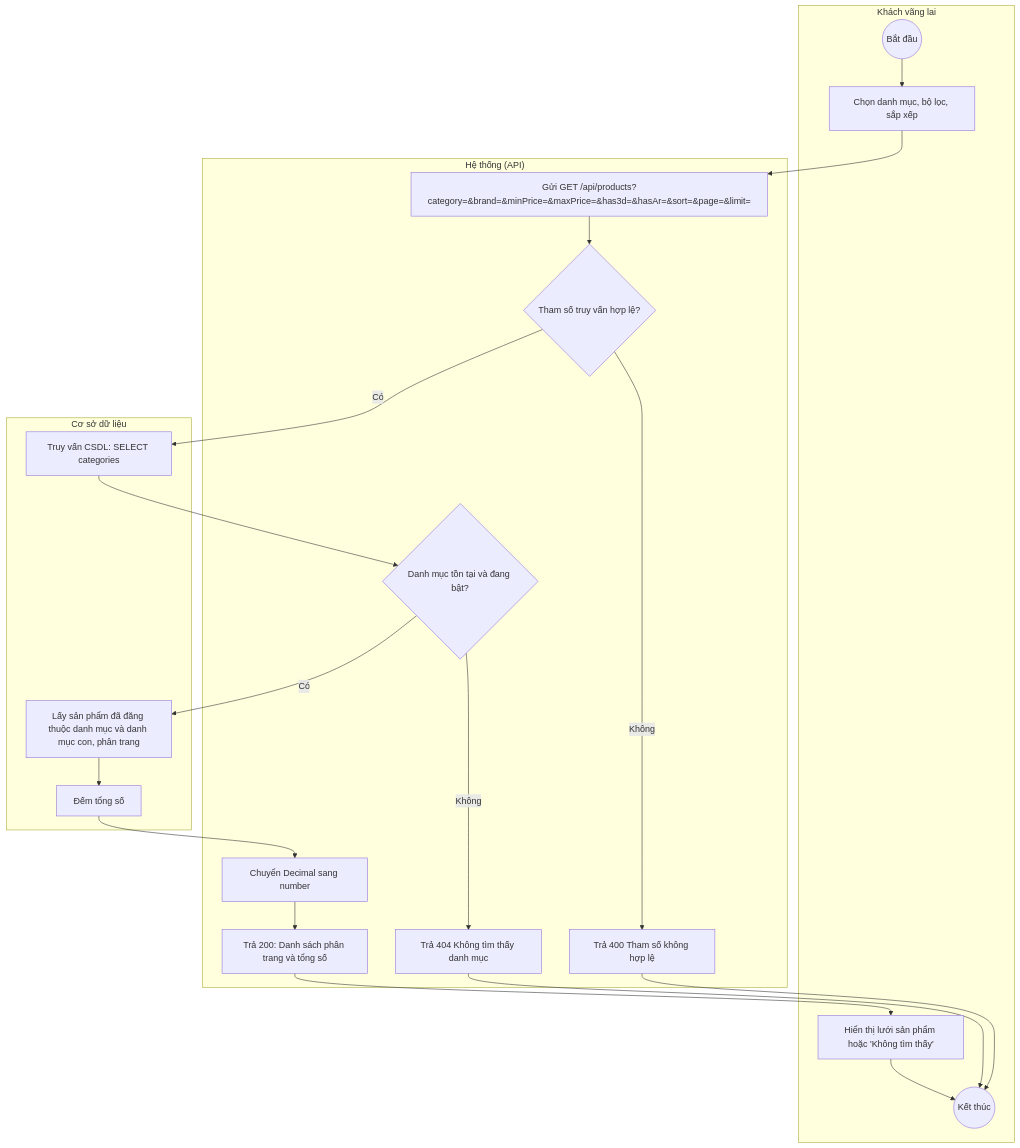
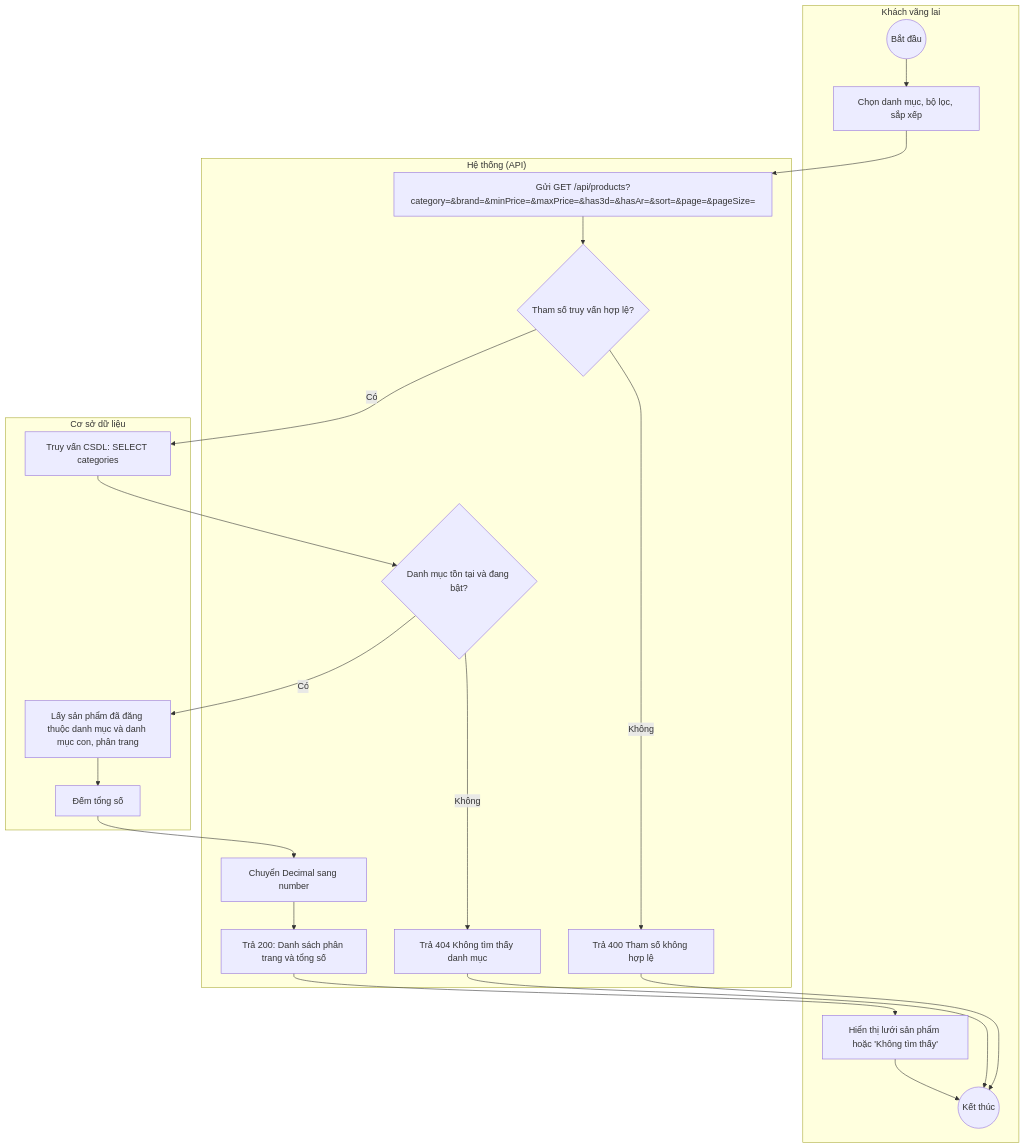
The diagram in docs/diagrams/src/activity_UC-CAT-02_duyet-san-pham-theo-danh-muc.mmd (2431540234-arch/XDUDTMDT), drawn with Mermaid before and after one commit. The commit also changed 184 other files, not shown here.

```diff
--- a/docs/diagrams/src/activity_UC-CAT-02_duyet-san-pham-theo-danh-muc.mmd
+++ b/docs/diagrams/src/activity_UC-CAT-02_duyet-san-pham-theo-danh-muc.mmd
@@ -1,36 +1,36 @@
 flowchart TD
     subgraph LANE_A["Khách vãng lai"]
         n1(("Bắt đầu"))
         n2["Chọn danh mục, bộ lọc, sắp xếp"]
         n13["Hiển thị lưới sản phẩm hoặc 'Không tìm thấy'"]
         n14(("Kết thúc"))
     end
     subgraph LANE_S["Hệ thống (API)"]
-        n3["Gửi GET /api/products?category=&brand=&minPrice=&maxPrice=&has3d=&hasAr=&sort=&page=&limit="]
+        n3["Gửi GET /api/products?category=&brand=&minPrice=&maxPrice=&has3d=&hasAr=&sort=&page=&pageSize="]
         n4{"Tham số truy vấn hợp lệ?"}
         n5["Trả 400 Tham số không hợp lệ"]
         n7{"Danh mục tồn tại và đang bật?"}
         n8["Trả 404 Không tìm thấy danh mục"]
         n11["Chuyển Decimal sang number"]
         n12["Trả 200: Danh sách phân trang và tổng số"]
     end
     subgraph LANE_D["Cơ sở dữ liệu"]
         n6["Truy vấn CSDL: SELECT categories"]
         n9["Lấy sản phẩm đã đăng thuộc danh mục và danh mục con, phân trang"]
         n10["Đếm tổng số"]
     end
     n1 --> n2
     n2 --> n3
     n3 --> n4
     n4 -->|"Không"| n5
     n4 -->|"Có"| n6
     n6 --> n7
     n7 -->|"Không"| n8
     n7 -->|"Có"| n9
     n9 --> n10
     n10 --> n11
     n11 --> n12
     n12 --> n13
     n13 --> n14
     n5 --> n14
     n8 --> n14
```
